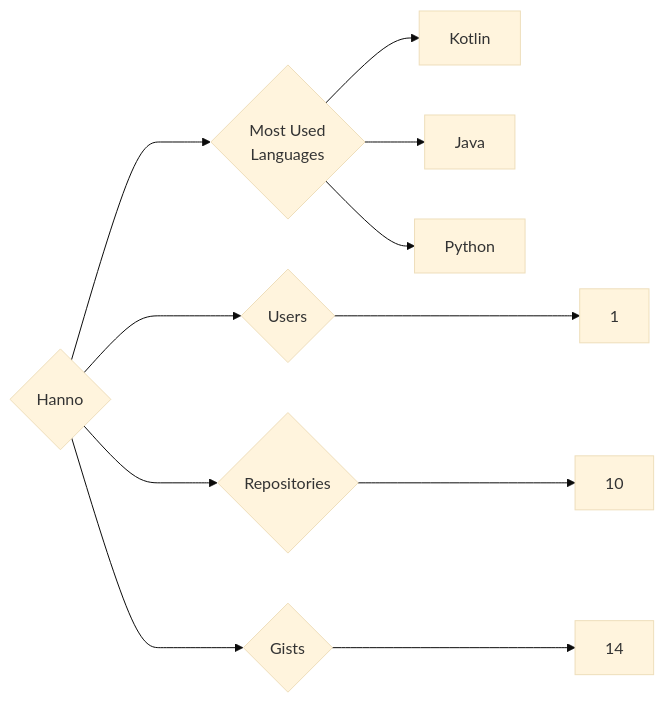
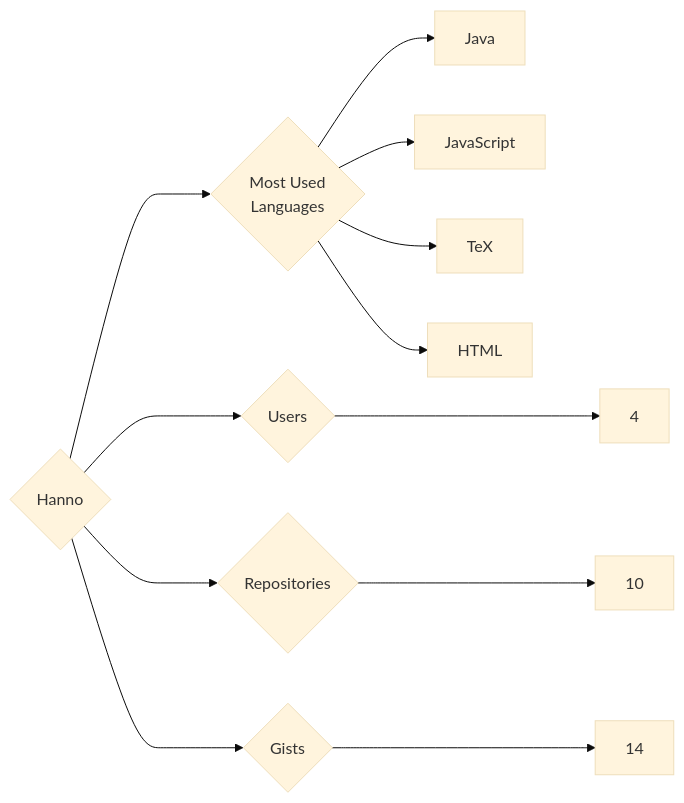
The diagram in targets/Hanno/README.md (trickest/insiders), drawn with Mermaid (base theme) before and after one commit. The commit also changed 1030 other files, not shown here.

````diff
--- a/targets/Hanno/README.md
+++ b/targets/Hanno/README.md
@@ -3,11 +3,12 @@
 ```mermaid
 graph LR
 COMPANY_NAME{Hanno}
-COMPANY_NAME ---> U{Users} ---> UN[1]
+COMPANY_NAME ---> U{Users} ---> UN[4]
 COMPANY_NAME ---> R{Repositories} ---> RN[10]
 COMPANY_NAME ---> G{Gists} ---> GN[14]
 COMPANY_NAME ---> ML{Most Used<br>Languages}
-ML --> Kotlin[Kotlin]
 ML --> Java[Java]
-ML --> Python[Python]
+ML --> JavaScript[JavaScript]
+ML --> TeX[TeX]
+ML --> HTML[HTML]
 ```
````
